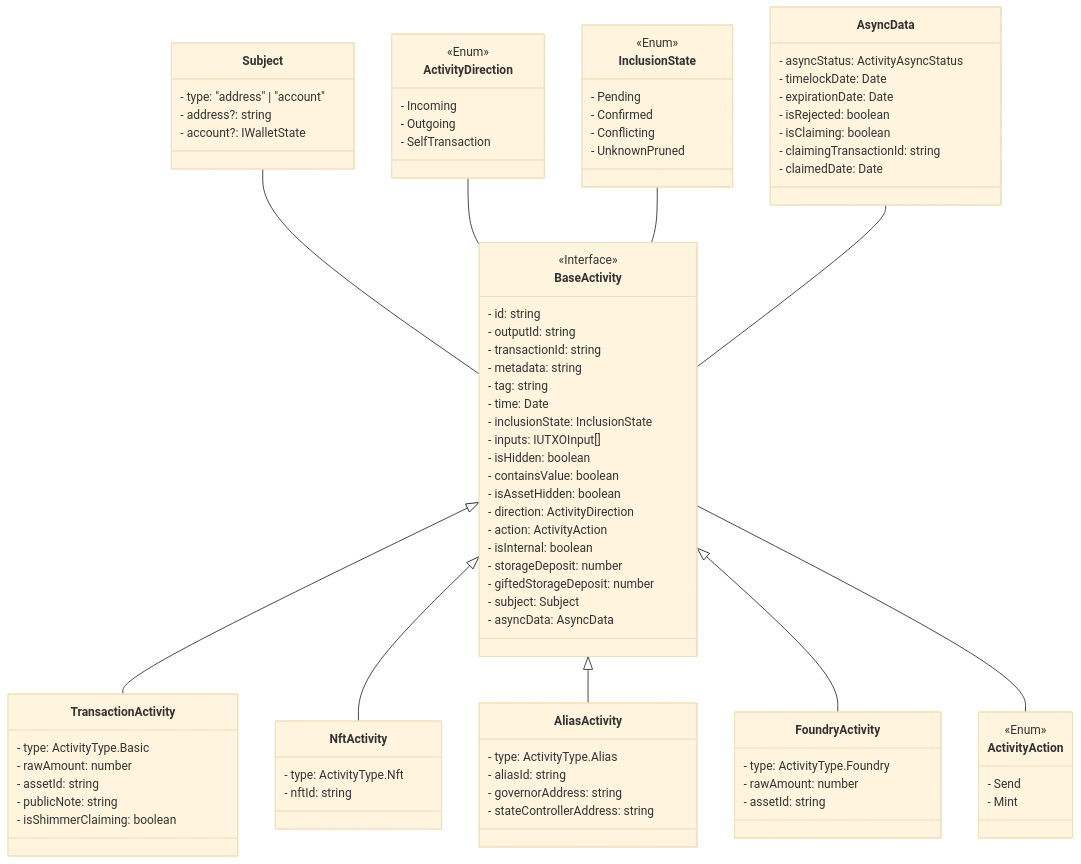
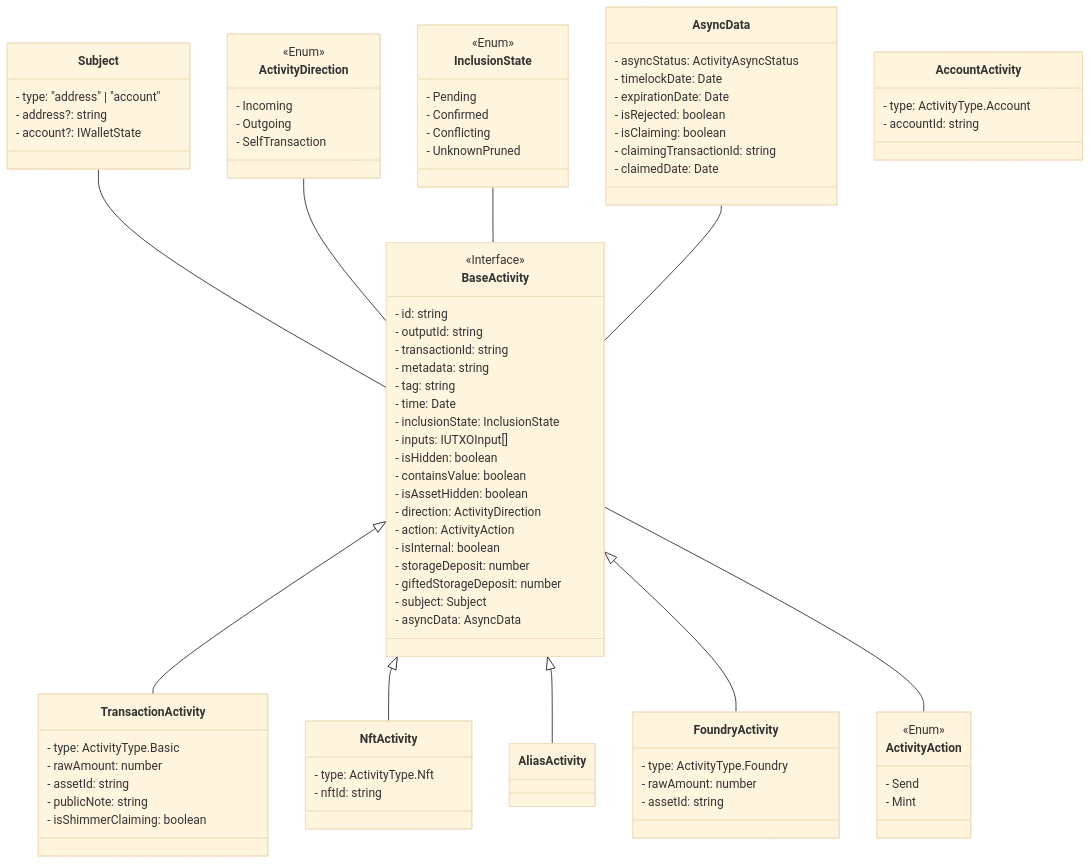
One commit to iotaledger/firefly changed the diagram in docs/specifications/activities/class-diagram.md. Above: the diagram before and after it, drawn with Mermaid (base theme). The commit also changed 70 other files, not shown here.

```diff
--- a/docs/specifications/activities/class-diagram.md
+++ b/docs/specifications/activities/class-diagram.md
@@ -54,11 +54,9 @@
         - rawAmount: number
         - assetId: string
     }
-    class Alias Activity {
-        - type: ActivityType.Alias
-        - aliasId: string
-        - governorAddress: string
-        - stateControllerAddress: string
+    class Account Activity {
+        - type: ActivityType.Account
+        - accountId: string
     }
     class Subject {
         - type: "address" | "account"
```
